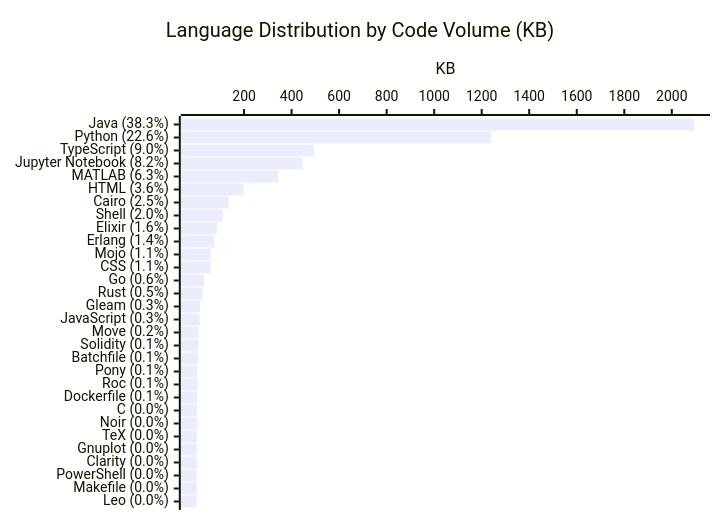
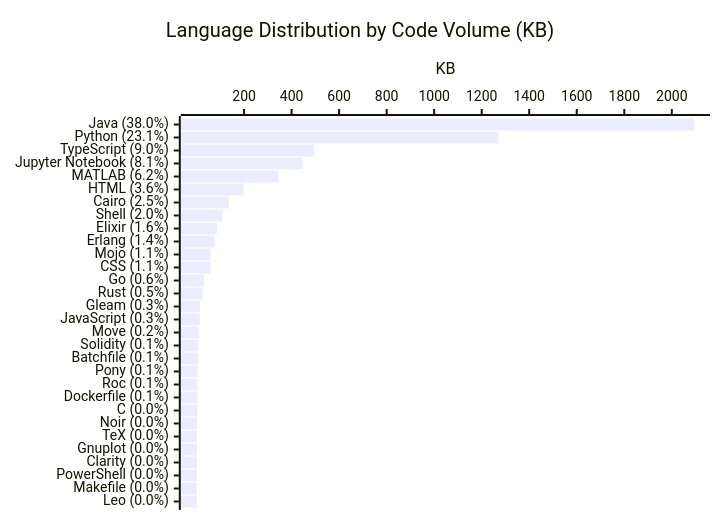
The diagram in profile/README.md (KathiraveluLab/.github), drawn with Mermaid before and after one commit. The commit also changed other lines of this file and 1 other file, not shown here.

````diff
--- a/profile/README.md
+++ b/profile/README.md
@@ -64,7 +64,7 @@
 ```mermaid
 xychart-beta horizontal
     title "Language Distribution by Code Volume (KB)"
-    x-axis ["Java (38.3%)", "Python (22.6%)", "TypeScript (9.0%)", "Jupyter Notebook (8.2%)", "MATLAB (6.3%)", "HTML (3.6%)", "Cairo (2.5%)", "Shell (2.0%)", "Elixir (1.6%)", "Erlang (1.4%)", "Mojo (1.1%)", "CSS (1.1%)", "Go (0.6%)", "Rust (0.5%)", "Gleam (0.3%)", "JavaScript (0.3%)", "Move (0.2%)", "Solidity (0.1%)", "Batchfile (0.1%)", "Pony (0.1%)", "Roc (0.1%)", "Dockerfile (0.1%)", "C (0.0%)", "Noir (0.0%)", "TeX (0.0%)", "Gnuplot (0.0%)", "Clarity (0.0%)", "PowerShell (0.0%)", "Makefile (0.0%)", "Leo (0.0%)"]
+    x-axis ["Java (38.0%)", "Python (23.1%)", "TypeScript (9.0%)", "Jupyter Notebook (8.1%)", "MATLAB (6.2%)", "HTML (3.6%)", "Cairo (2.5%)", "Shell (2.0%)", "Elixir (1.6%)", "Erlang (1.4%)", "Mojo (1.1%)", "CSS (1.1%)", "Go (0.6%)", "Rust (0.5%)", "Gleam (0.3%)", "JavaScript (0.3%)", "Move (0.2%)", "Solidity (0.1%)", "Batchfile (0.1%)", "Pony (0.1%)", "Roc (0.1%)", "Dockerfile (0.1%)", "C (0.0%)", "Noir (0.0%)", "TeX (0.0%)", "Gnuplot (0.0%)", "Clarity (0.0%)", "PowerShell (0.0%)", "Makefile (0.0%)", "Leo (0.0%)"]
     y-axis "KB"
-    bar [2094.22, 1239.5, 494.83, 446.9, 343.93, 197.81, 135.0, 109.37, 85.96, 75.47, 59.44, 58.73, 32.03, 26.08, 14.6, 13.89, 8.83, 6.65, 6.48, 4.14, 4.09, 3.9, 2.58, 2.46, 2.29, 1.82, 1.53, 1.02, 0.99, 0.27]
+    bar [2094.22, 1270.69, 494.83, 446.9, 343.93, 197.81, 135.0, 109.42, 85.96, 75.47, 59.44, 58.73, 32.03, 26.08, 14.6, 13.89, 8.83, 6.65, 6.48, 4.14, 4.09, 3.9, 2.58, 2.46, 2.29, 1.82, 1.53, 1.02, 0.99, 0.27]
 ```
````
